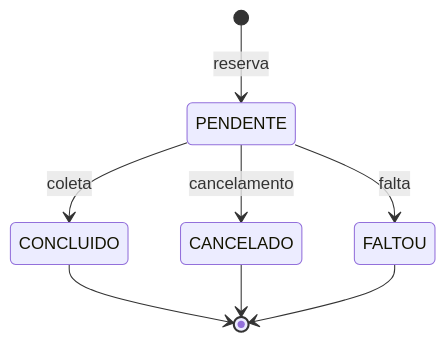
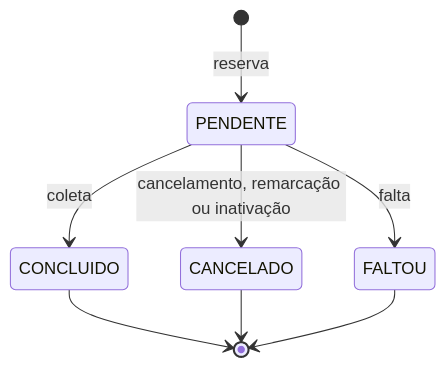
The second of 4 diagrams in README.md (marcelopinotti/hemonorte), drawn with Mermaid before and after one commit. The commit also changed other lines of this file and 1 other file, not shown here.

````diff
--- a/README.md
+++ b/README.md
@@ -82,10 +112,10 @@
 ```mermaid
 stateDiagram-v2
     [*] --> PENDENTE: reserva
     PENDENTE --> CONCLUIDO: coleta
-    PENDENTE --> CANCELADO: cancelamento
+    PENDENTE --> CANCELADO: cancelamento, remarcação ou inativação
     PENDENTE --> FALTOU: falta
     CONCLUIDO --> [*]
     CANCELADO --> [*]
     FALTOU --> [*]
 ```
````
